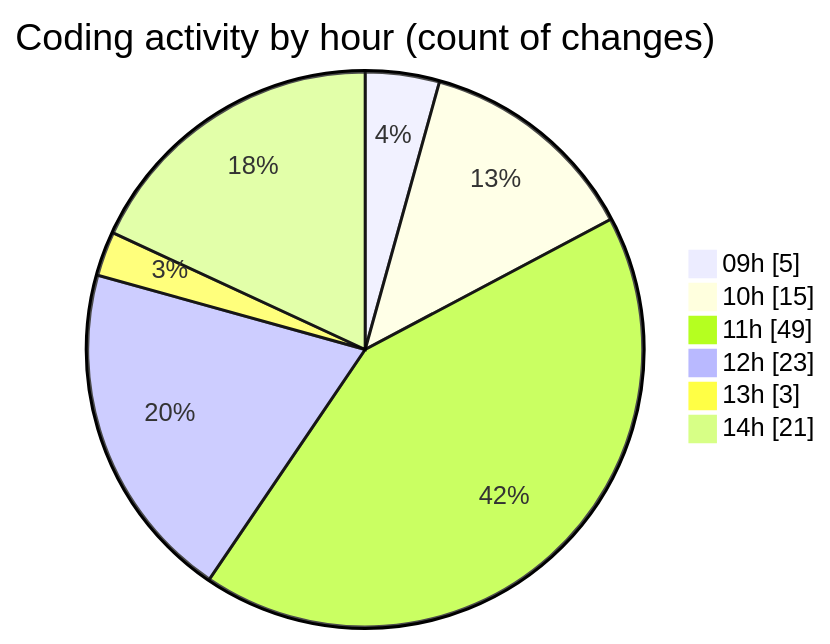
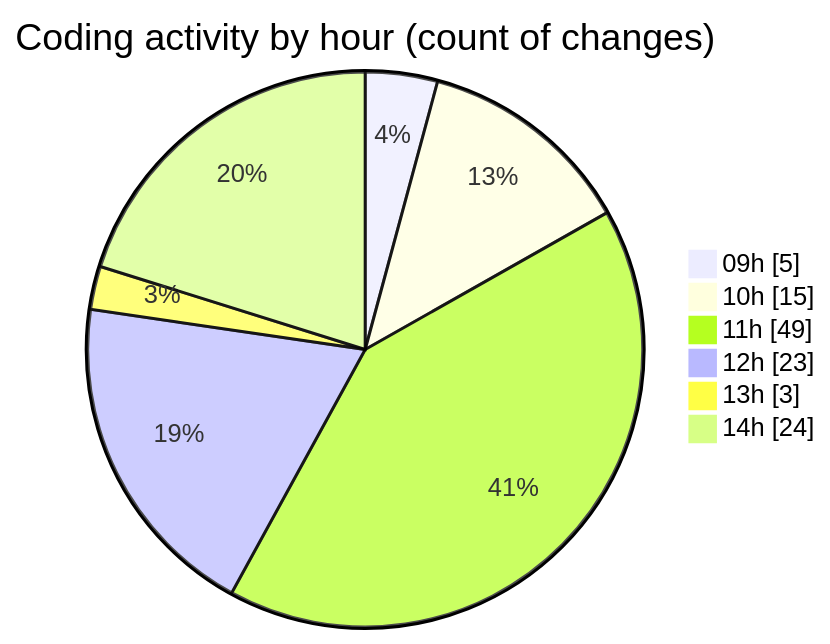
One commit to CELIANVF/code-tracking changed the second of 2 diagrams in 2025-06-13/ecodeli-1/README.md. Above: the diagram before and after it, drawn with Mermaid. The commit also changed other lines of this file and 1 other file, not shown here.

````diff
--- a/2025-06-13/ecodeli-1/README.md
+++ b/2025-06-13/ecodeli-1/README.md
@@ -56,10 +56,10 @@
 ```mermaid
 pie showData
 title Coding activity by hour (count of changes)
 "09h" : 5
 "10h" : 15
 "11h" : 49
 "12h" : 23
 "13h" : 3
-"14h" : 21
+"14h" : 24
 ```
````
